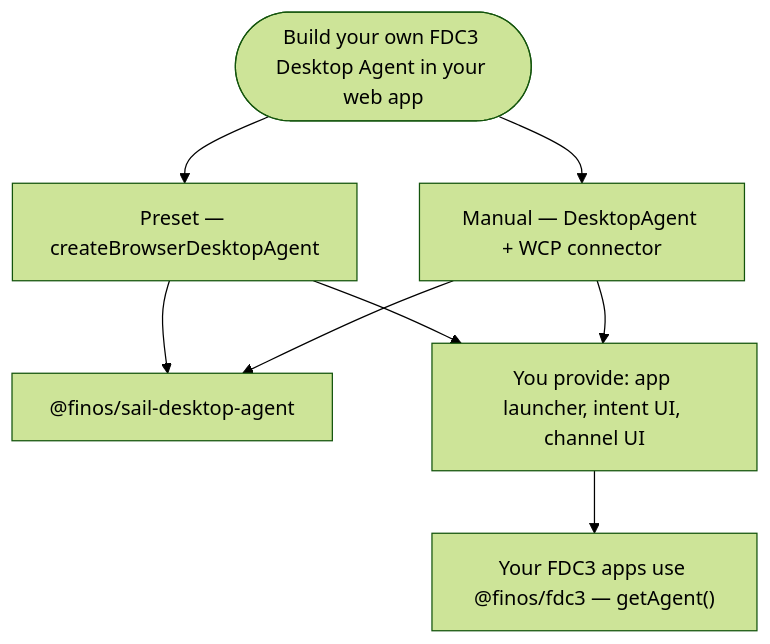
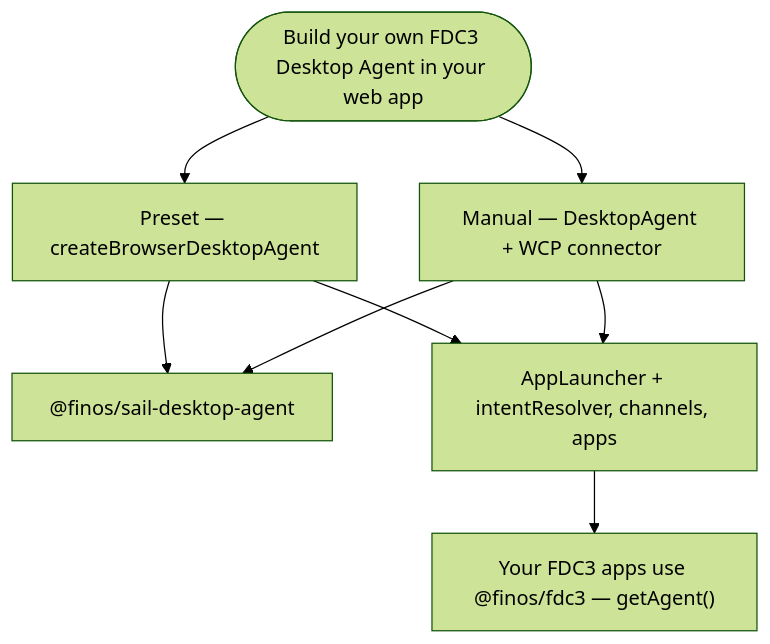
Before and after one commit to SeeWhatsOn/FDC3-Sail: the first of 2 diagrams in website/docs/getting-started.md, drawn with Mermaid (forest theme). The commit also changed other lines of this file and 12 other files, not shown here.

First line of the commit message:
feat: enhance browser preset host API with grouped controllers and documentation updates

````diff
--- a/website/docs/getting-started.md
+++ b/website/docs/getting-started.md
@@ -19,15 +19,15 @@
 ```mermaid
 flowchart TD
   Start([Build your own FDC3 Desktop Agent in your web app])
 
   Start --> Preset["Preset — createBrowserDesktopAgent"]
   Start --> Manual["Manual — DesktopAgent + WCP connector"]
 
   Preset --> Package["@finos/sail-desktop-agent"]
   Manual --> Package
 
-  Preset --> HostUI[You provide: app launcher, intent UI, channel UI]
+  Preset --> HostUI[AppLauncher + intentResolver, channels, apps]
   Manual --> HostUI
 
   HostUI --> Apps["Your FDC3 apps use @finos/fdc3 — getAgent()"]
 ```
````
